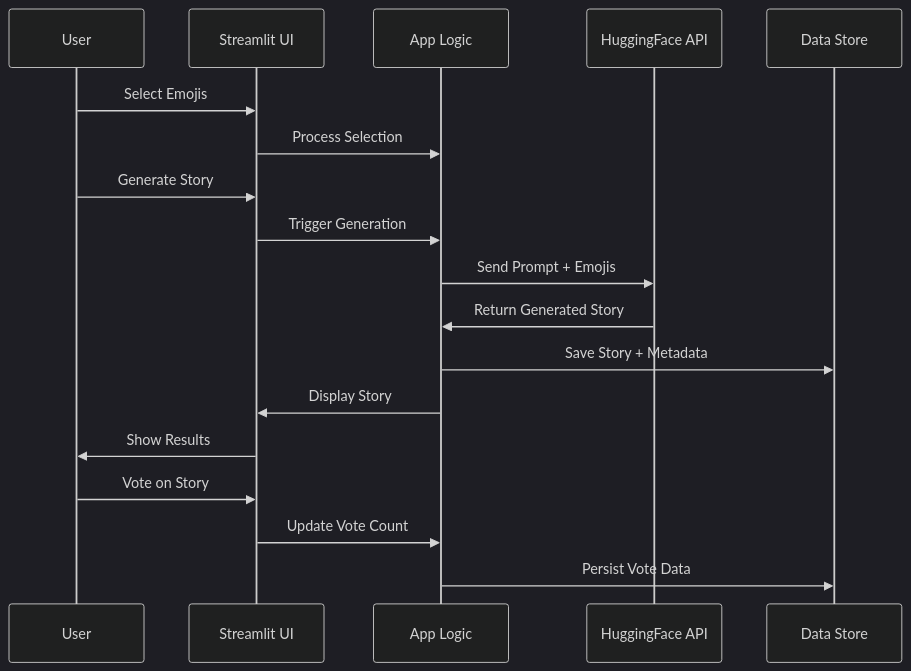
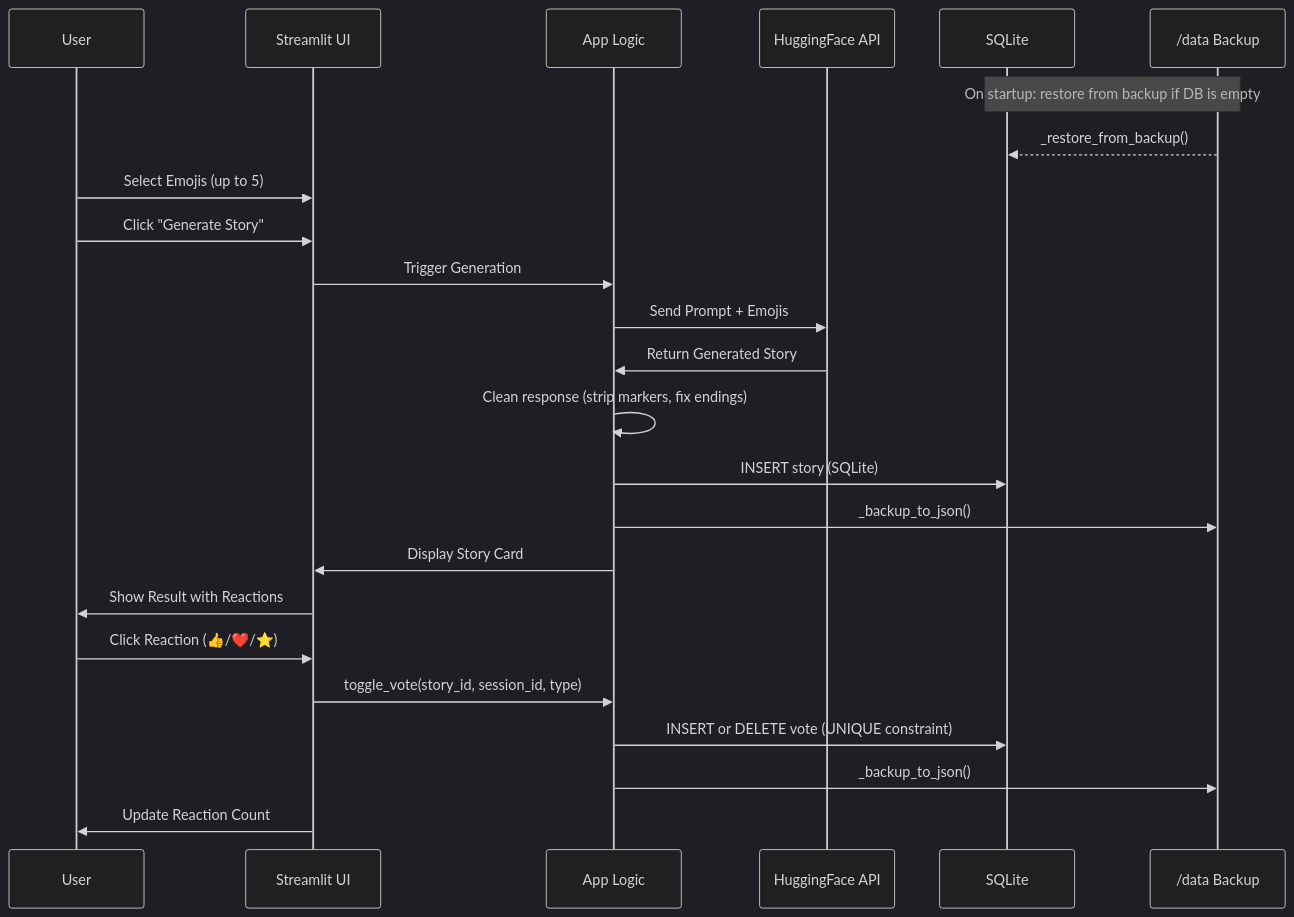
The second of 2 diagrams in README.md (ChanMeng666/emoji-story-generator), drawn with Mermaid (dark theme) before and after one commit. The commit also changed other lines of this file, not shown here.

First line of the commit message:
Update README.md to fully reflect current architecture and features

````diff
--- a/README.md
+++ b/README.md
@@ -341,22 +362,29 @@
 ```mermaid
 sequenceDiagram
     participant U as User
     participant S as Streamlit UI
     participant A as App Logic
     participant H as HuggingFace API
-    participant D as Data Store
-    
-    U->>S: Select Emojis
-    S->>A: Process Selection
-    U->>S: Generate Story
+    participant DB as SQLite
+    participant B as /data Backup
+
+    Note over DB,B: On startup: restore from backup if DB is empty
+    B-->>DB: _restore_from_backup()
+
+    U->>S: Select Emojis (up to 5)
+    U->>S: Click "Generate Story"
     S->>A: Trigger Generation
     A->>H: Send Prompt + Emojis
     H->>A: Return Generated Story
-    A->>D: Save Story + Metadata
-    A->>S: Display Story
-    S->>U: Show Results
-    
-    U->>S: Vote on Story
-    S->>A: Update Vote Count
-    A->>D: Persist Vote Data
+    A->>A: Clean response (strip markers, fix endings)
+    A->>DB: INSERT story (SQLite)
+    A->>B: _backup_to_json()
+    A->>S: Display Story Card
+    S->>U: Show Result with Reactions
+
+    U->>S: Click Reaction (👍/❤️/⭐)
+    S->>A: toggle_vote(story_id, session_id, type)
+    A->>DB: INSERT or DELETE vote (UNIQUE constraint)
+    A->>B: _backup_to_json()
+    S->>U: Update Reaction Count
 ```
````
